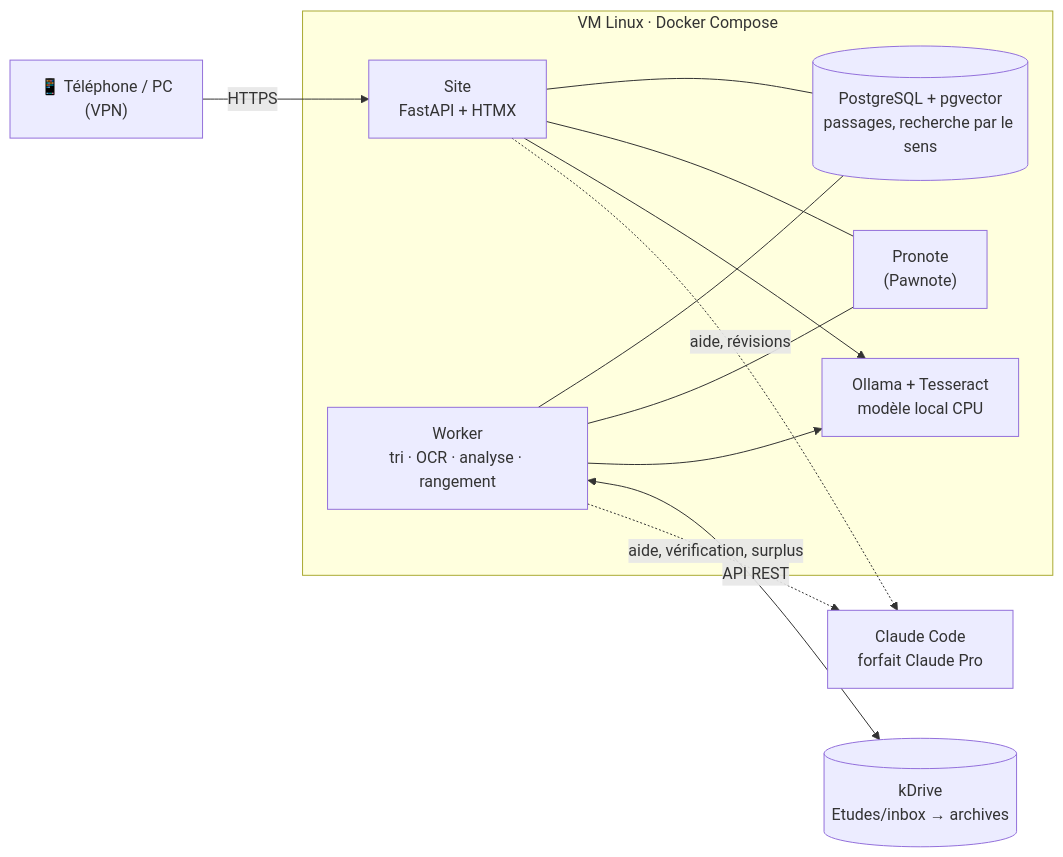
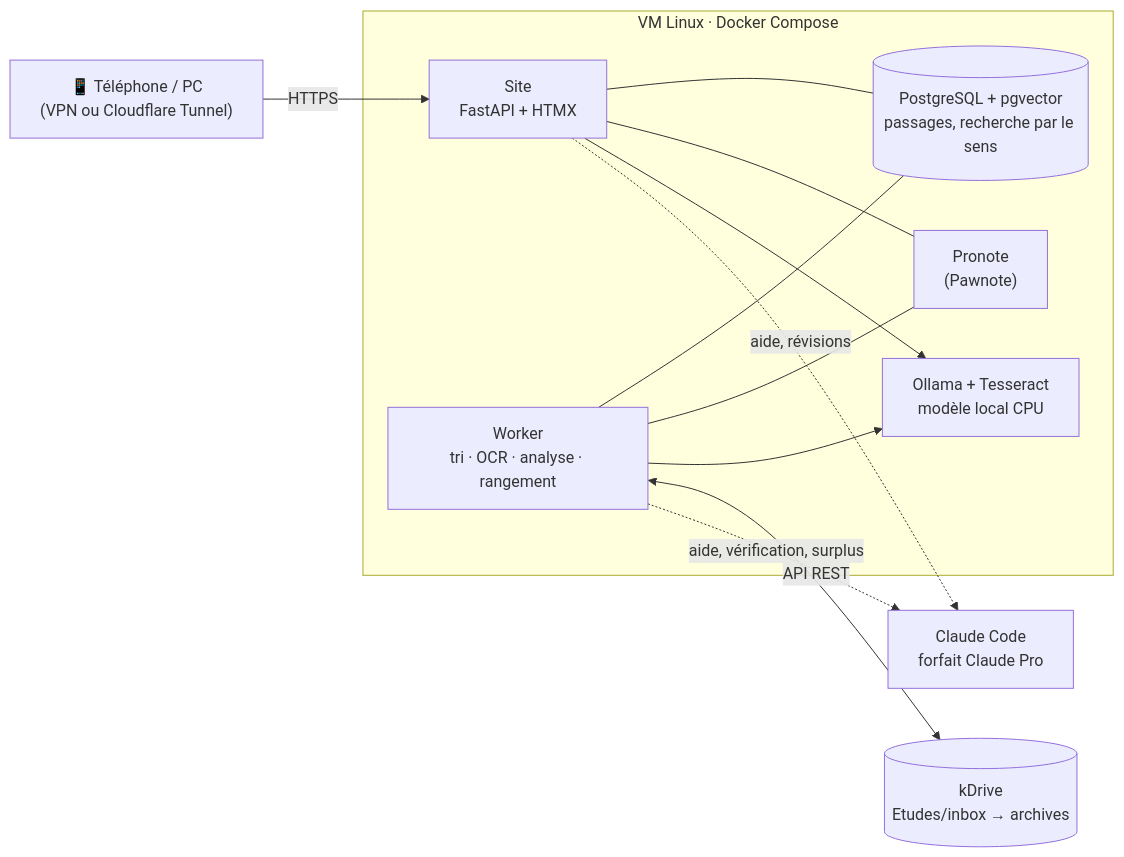
Before and after one commit to juteaucorp/claunote: the first of 3 diagrams in README.md, drawn with Mermaid. The commit also changed other lines of this file and 6 other files, not shown here.

````diff
--- a/README.md
+++ b/README.md
@@ -50,15 +55,15 @@
 ```mermaid
 flowchart LR
-    T["📱 Téléphone / PC<br/>(VPN)"] -->|HTTPS| S
+    T["📱 Téléphone / PC<br/>(VPN ou Cloudflare Tunnel)"] -->|HTTPS| S
     subgraph VM["VM Linux · Docker Compose"]
         S["Site<br/>FastAPI + HTMX"] --- DB[("PostgreSQL + pgvector<br/>passages, recherche par le sens")]
         W["Worker<br/>tri · OCR · analyse · rangement"] --- DB
         W --- P["Pronote<br/>(Pawnote)"]
         S --- P
         W --> O["Ollama + Tesseract<br/>modèle local CPU"]
         S --> O
     end
     W <-->|API REST| K[("kDrive<br/>Etudes/inbox → archives")]
     W -.->|aide, vérification, surplus| C["Claude Code<br/>forfait Claude Pro"]
     S -.->|aide, révisions| C
 ```
````
